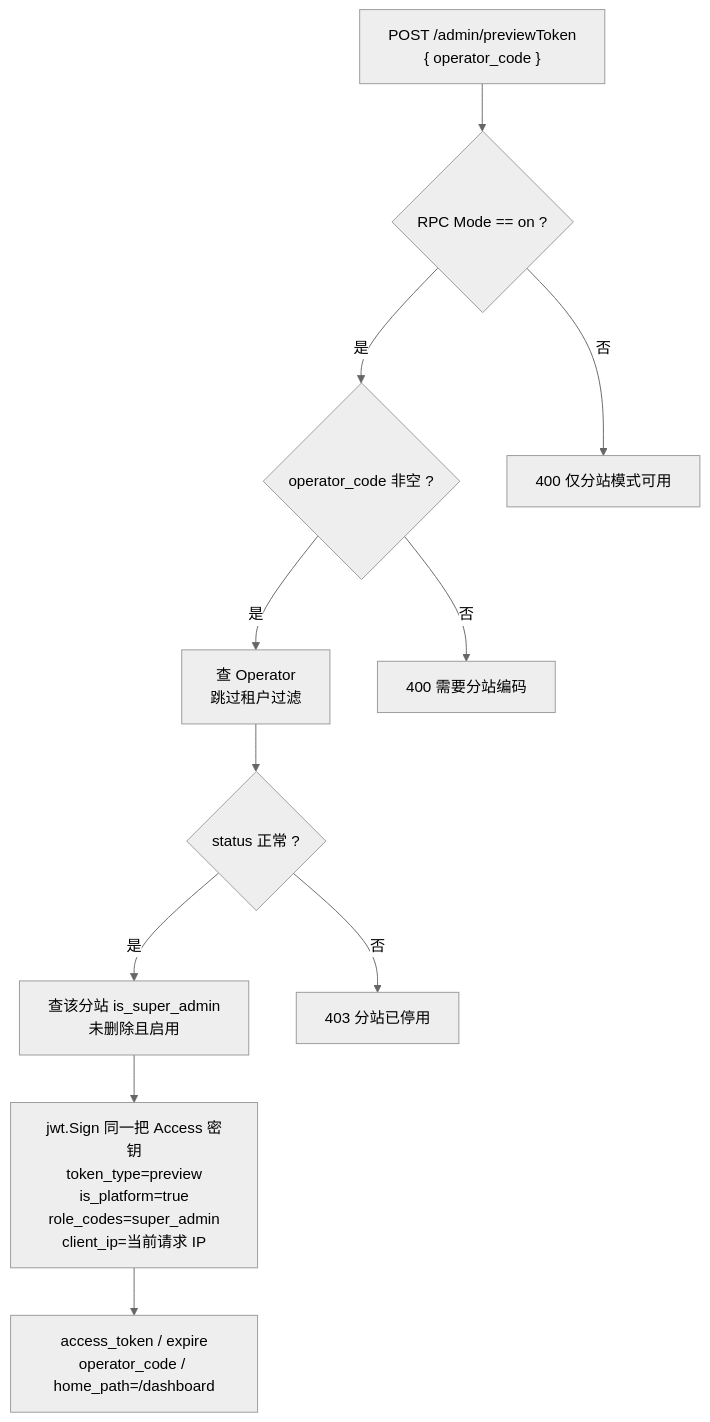
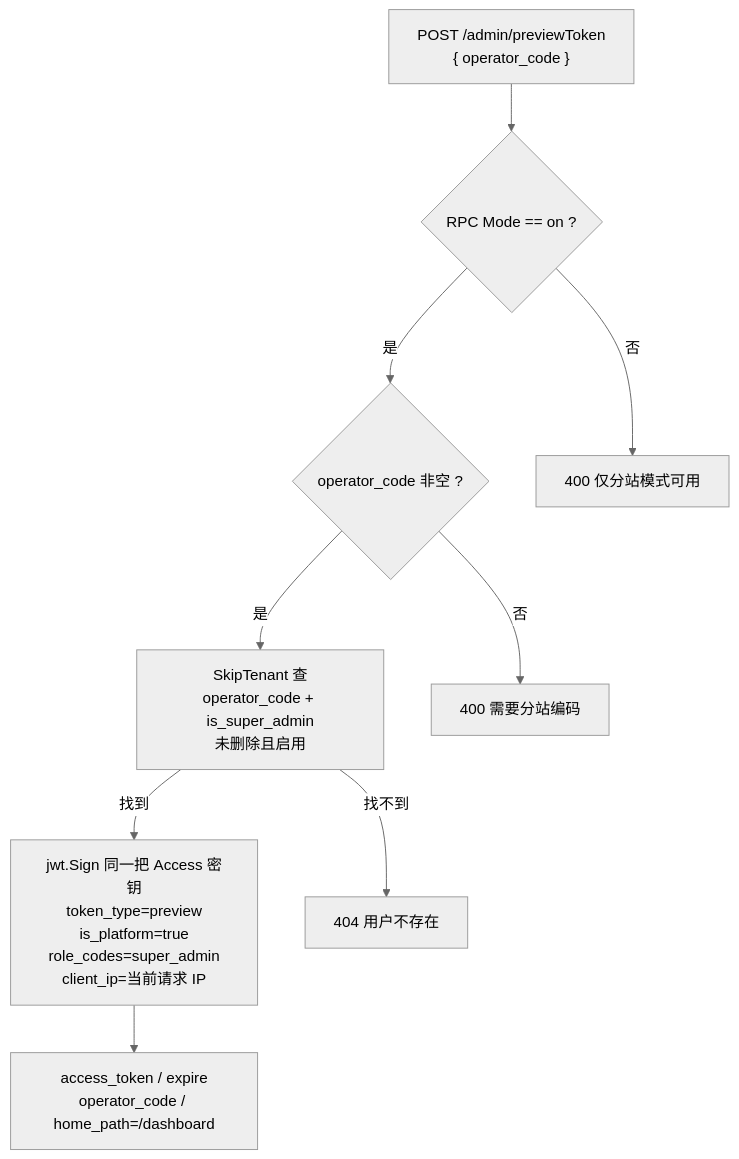
The second of 5 diagrams in core-demo/docs/preview-token.md (ns9ryan/p9_demo), drawn with Mermaid (neutral theme) before and after one commit. The commit also changed other lines of this file and 435 other files, not shown here.

````diff
--- a/core-demo/docs/preview-token.md
+++ b/core-demo/docs/preview-token.md
@@ -52,19 +52,17 @@
 ```mermaid
 flowchart TB
   Req["POST /admin/previewToken<br/>{ operator_code }"]
   Mode{"RPC Mode == on ?"}
   Code{"operator_code 非空 ?"}
-  Op["查 Operator<br/>跳过租户过滤"]
-  St{"status 正常 ?"}
-  User["查该分站 is_super_admin<br/>未删除且启用"]
+  User["SkipTenant 查<br/>operator_code + is_super_admin<br/>未删除且启用"]
   Sign["jwt.Sign 同一把 Access 密钥<br/>token_type=preview<br/>is_platform=true<br/>role_codes=super_admin<br/>client_ip=当前请求 IP"]
   Out["access_token / expire<br/>operator_code / home_path=/dashboard"]
 
   Req --> Mode
   Mode -->|否| E400["400 仅分站模式可用"]
   Mode -->|是| Code
   Code -->|否| E400b["400 需要分站编码"]
-  Code -->|是| Op --> St
-  St -->|否| E403["403 分站已停用"]
-  St -->|是| User --> Sign --> Out
+  Code -->|是| User
+  User -->|找不到| E404["404 用户不存在"]
+  User -->|找到| Sign --> Out
 ```
````
